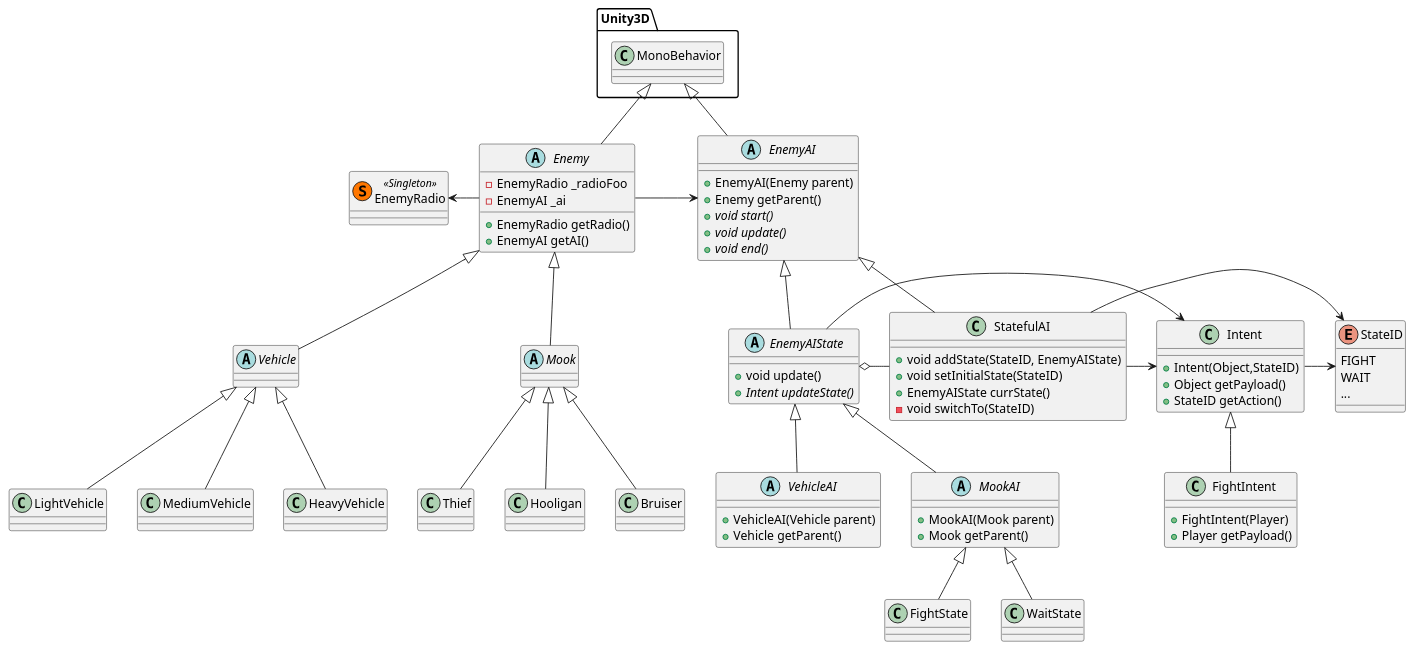
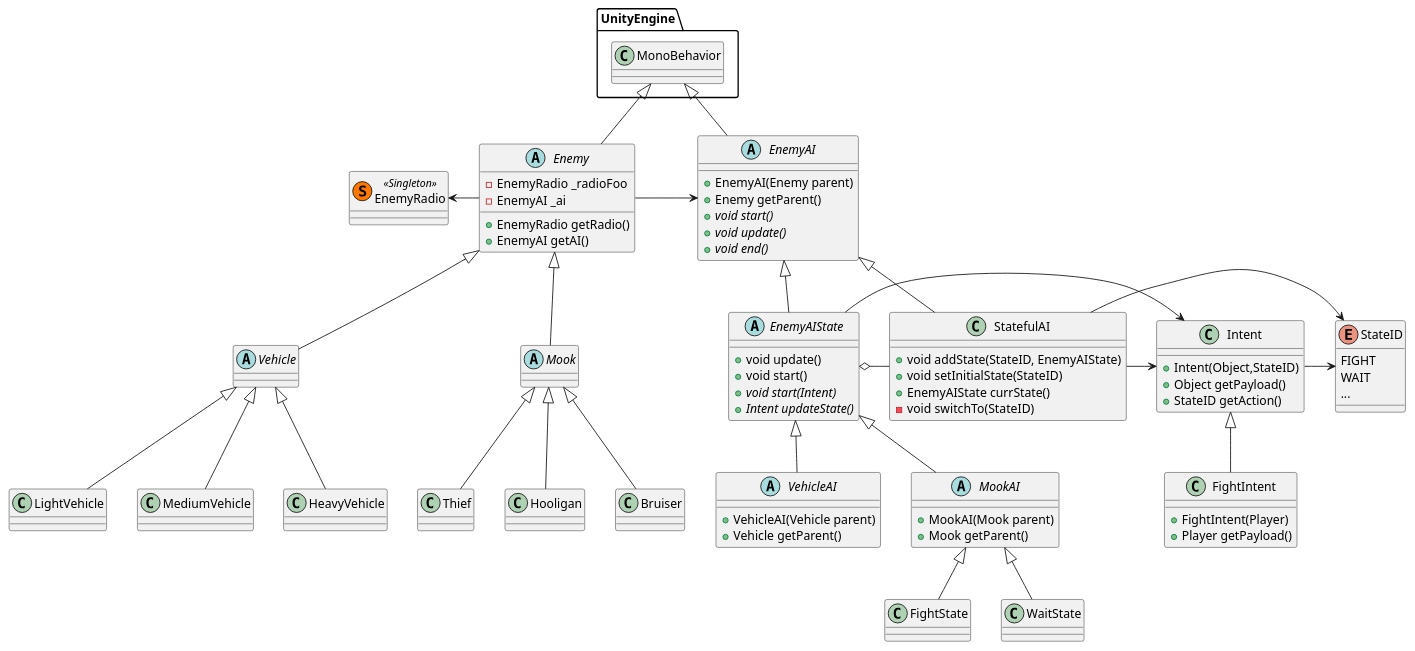
The diagram in RaiderRoad/Assets/Scripts/docs/EnemyAI_CD.puml (OutOfHandInteractive/RaiderRoad), drawn with PlantUML before and after one commit.

Commit message:
Added state diagrams, updated CD

```diff
--- a/RaiderRoad/Assets/Scripts/docs/EnemyAI_CD.puml
+++ b/RaiderRoad/Assets/Scripts/docs/EnemyAI_CD.puml
@@ -1,91 +1,93 @@
 @startuml
 class EnemyRadio << (S,#FF7700) Singleton >> {
 
 }
 
 abstract class Enemy {
 	-EnemyRadio _radioFoo
 	-EnemyAI _ai
 	
 	+EnemyRadio getRadio()
 	+EnemyAI getAI()
 }
 EnemyRadio <- Enemy
 Enemy -> EnemyAI
-Unity3D.MonoBehavior <|-- Enemy
+UnityEngine.MonoBehavior <|-- Enemy
 
 abstract class Vehicle{
 
 }
 Enemy <|-- Vehicle
 abstract class Mook{
 
 }
 Enemy <|-- Mook
 
 Vehicle <|-- LightVehicle
 Vehicle <|-- MediumVehicle
 Vehicle <|-- HeavyVehicle 
 
 Mook <|-- Thief
 Mook <|-- Hooligan
 Mook <|-- Bruiser
 
 abstract class EnemyAI{
 	+EnemyAI(Enemy parent)
 	+Enemy getParent()
 	{abstract} +void start()
 	{abstract} +void update()
 	{abstract} +void end()
 }
-Unity3D.MonoBehavior <|-- EnemyAI
+UnityEngine.MonoBehavior <|-- EnemyAI
 abstract class EnemyAIState{
 	+void update()
+	+void start()
+	{abstract} +void start(Intent)
 	{abstract} +Intent updateState()
 }
 EnemyAI <|-- EnemyAIState
 abstract class VehicleAI {
 	+VehicleAI(Vehicle parent)
 	+Vehicle getParent()
 }
 EnemyAIState <|-- VehicleAI
 abstract class MookAI {
 	+MookAI(Mook parent)
 	+Mook getParent()
 }
 EnemyAIState <|-- MookAI
 
 class StatefulAI {
 	+void addState(StateID, EnemyAIState)
 	+void setInitialState(StateID)
 	+EnemyAIState currState()
 	-void switchTo(StateID)
 }
 EnemyAIState o- StatefulAI
 EnemyAI <|-- StatefulAI
 
 MookAI <|-- FightState
 MookAI <|-- WaitState
 
 enum StateID {
 	FIGHT
 	WAIT
 	...
 }
 StatefulAI -> StateID
 class Intent {
 	+Intent(Object,StateID)
 	+Object getPayload()
 	+StateID getAction()
 }
 StatefulAI -> Intent
 EnemyAIState -> Intent
 Intent -> StateID
 
 class FightIntent {
 	+FightIntent(Player)
 	+Player getPayload()
 }
 Intent <|-- FightIntent
 
 @enduml
```
